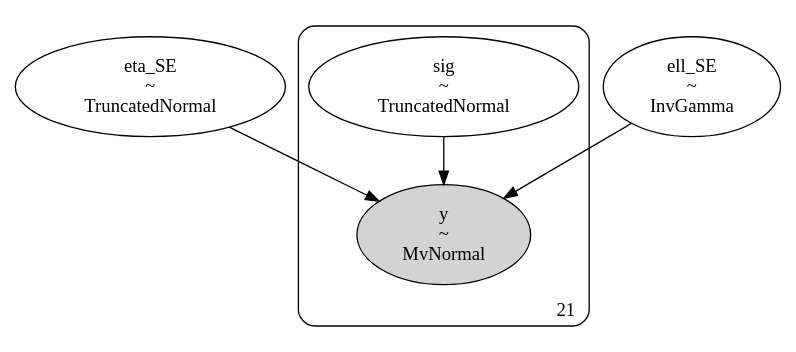
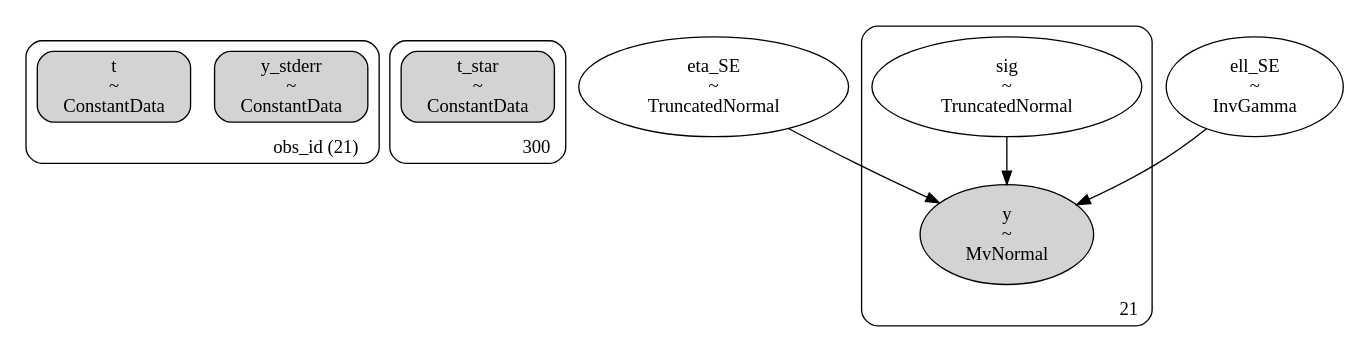
The diagram in dags/428_ra236.530_dec-46.922_4U1543TraPDB_andersson_se0_dag.dot (shihchingfu/gp-sandbox-thunderkat), drawn with Graphviz before and after one commit. The commit also changed 12 other files, not shown here.

```diff
--- a/dags/428_ra236.530_dec-46.922_4U1543TraPDB_andersson_se0_dag.dot
+++ b/dags/428_ra236.530_dec-46.922_4U1543TraPDB_andersson_se0_dag.dot
@@ -1,20 +1,35 @@
 digraph {
+	subgraph "clusterobs_id (21)" {
+		y_stderr [label="y_stderr
+~
+ConstantData" shape=box style="rounded, filled"]
+		t [label="t
+~
+ConstantData" shape=box style="rounded, filled"]
+		label="obs_id (21)" labeljust=r labelloc=b style=rounded
+	}
+	subgraph cluster300 {
+		t_star [label="t_star
+~
+ConstantData" shape=box style="rounded, filled"]
+		label=300 labeljust=r labelloc=b style=rounded
+	}
 	eta_SE [label="eta_SE
 ~
 TruncatedNormal" shape=ellipse]
 	ell_SE [label="ell_SE
 ~
 InvGamma" shape=ellipse]
 	subgraph cluster21 {
+		sig [label="sig
+~
+TruncatedNormal" shape=ellipse]
 		y [label="y
 ~
 MvNormal" shape=ellipse style=filled]
-		sig [label="sig
-~
-TruncatedNormal" shape=ellipse]
 		label=21 labeljust=r labelloc=b style=rounded
 	}
 	eta_SE -> y
+	sig -> y
 	ell_SE -> y
-	sig -> y
 }
```
